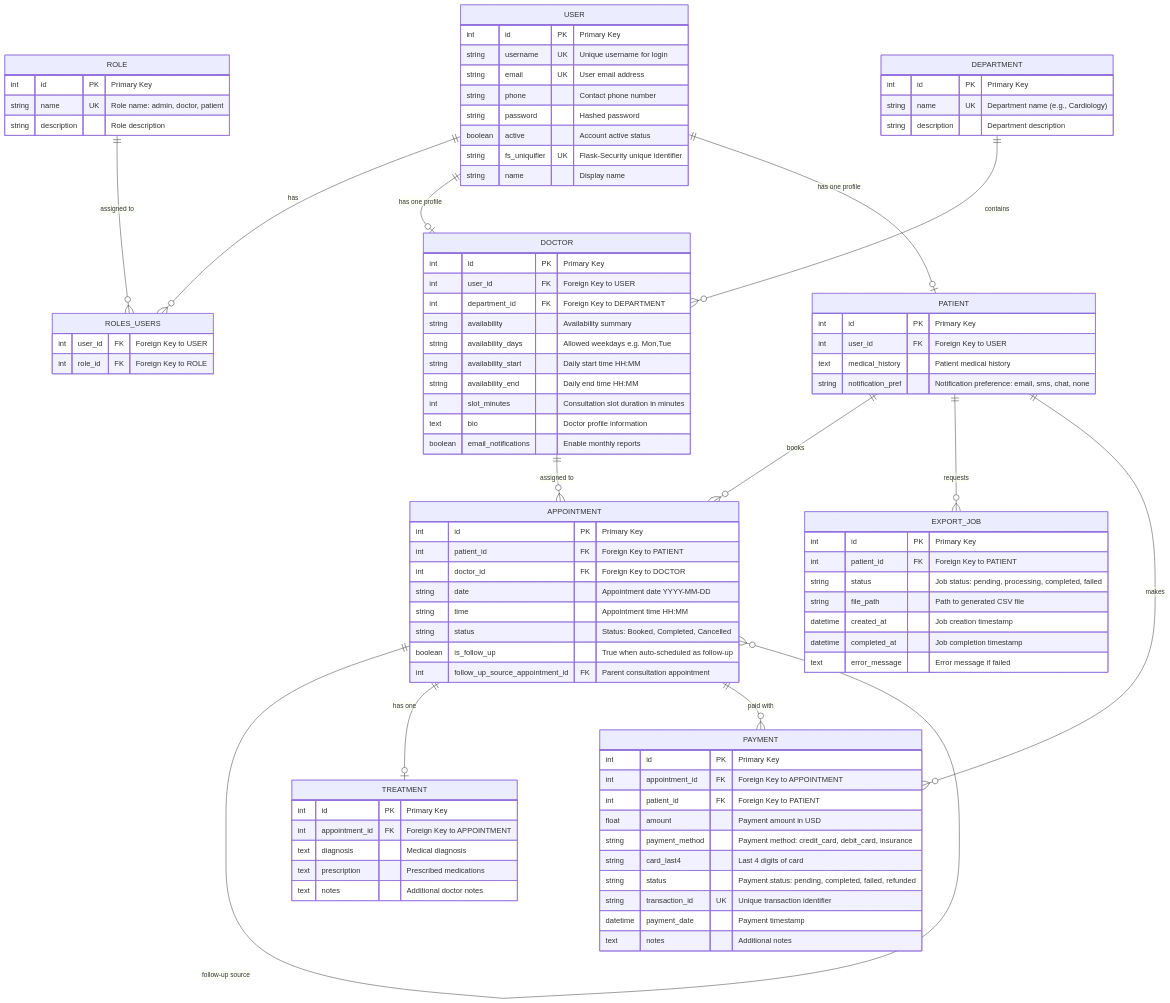
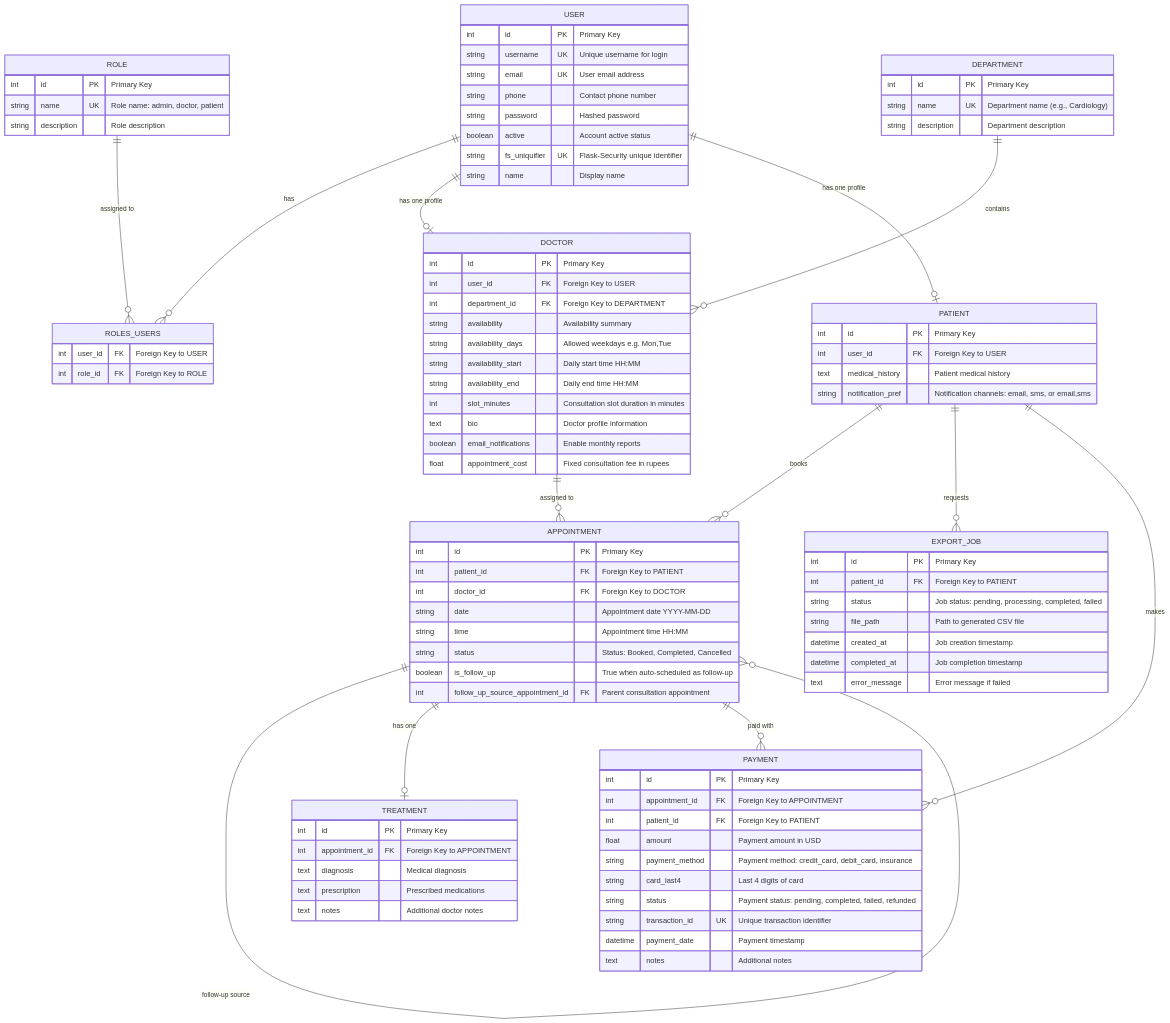
Before and after one commit to 990aa/hospital-operations-system: the diagram in er_diagram.mmd, drawn with Mermaid. The commit also changed 14 other files, not shown here.

```diff
--- a/er_diagram.mmd
+++ b/er_diagram.mmd
@@ -1,110 +1,111 @@
 erDiagram
     %% Hospital Management System - Entity Relationship Diagram
     %% Database Schema for Patient, Doctor, Admin, Appointments and Treatments
     
     USER ||--o{ ROLES_USERS : "has"
     ROLE ||--o{ ROLES_USERS : "assigned to"
     USER ||--o| DOCTOR : "has one profile"
     USER ||--o| PATIENT : "has one profile"
     
     DEPARTMENT ||--o{ DOCTOR : "contains"
     
     PATIENT ||--o{ APPOINTMENT : "books"
     DOCTOR ||--o{ APPOINTMENT : "assigned to"
     APPOINTMENT ||--o{ APPOINTMENT : "follow-up source"
     
     APPOINTMENT ||--o| TREATMENT : "has one"
     APPOINTMENT ||--o{ PAYMENT : "paid with"
     
     PATIENT ||--o{ EXPORT_JOB : "requests"
     PATIENT ||--o{ PAYMENT : "makes"
     
     USER {
         int id PK "Primary Key"
         string username UK "Unique username for login"
         string email UK "User email address"
         string phone "Contact phone number"
         string password "Hashed password"
         boolean active "Account active status"
         string fs_uniquifier UK "Flask-Security unique identifier"
         string name "Display name"
     }
     
     ROLE {
         int id PK "Primary Key"
         string name UK "Role name: admin, doctor, patient"
         string description "Role description"
     }
     
     ROLES_USERS {
         int user_id FK "Foreign Key to USER"
         int role_id FK "Foreign Key to ROLE"
     }
     
     DEPARTMENT {
         int id PK "Primary Key"
         string name UK "Department name (e.g., Cardiology)"
         string description "Department description"
     }
     
     DOCTOR {
         int id PK "Primary Key"
         int user_id FK "Foreign Key to USER"
         int department_id FK "Foreign Key to DEPARTMENT"
         string availability "Availability summary"
         string availability_days "Allowed weekdays e.g. Mon,Tue"
         string availability_start "Daily start time HH:MM"
         string availability_end "Daily end time HH:MM"
         int slot_minutes "Consultation slot duration in minutes"
         text bio "Doctor profile information"
         boolean email_notifications "Enable monthly reports"
+        float appointment_cost "Fixed consultation fee in rupees"
     }
     
     PATIENT {
         int id PK "Primary Key"
         int user_id FK "Foreign Key to USER"
         text medical_history "Patient medical history"
-        string notification_pref "Notification preference: email, sms, chat, none"
+        string notification_pref "Notification channels: email, sms, or email,sms"
     }
     
     APPOINTMENT {
         int id PK "Primary Key"
         int patient_id FK "Foreign Key to PATIENT"
         int doctor_id FK "Foreign Key to DOCTOR"
         string date "Appointment date YYYY-MM-DD"
         string time "Appointment time HH:MM"
         string status "Status: Booked, Completed, Cancelled"
         boolean is_follow_up "True when auto-scheduled as follow-up"
         int follow_up_source_appointment_id FK "Parent consultation appointment"
     }
     
     TREATMENT {
         int id PK "Primary Key"
         int appointment_id FK "Foreign Key to APPOINTMENT"
         text diagnosis "Medical diagnosis"
         text prescription "Prescribed medications"
         text notes "Additional doctor notes"
     }
     
     EXPORT_JOB {
         int id PK "Primary Key"
         int patient_id FK "Foreign Key to PATIENT"
         string status "Job status: pending, processing, completed, failed"
         string file_path "Path to generated CSV file"
         datetime created_at "Job creation timestamp"
         datetime completed_at "Job completion timestamp"
         text error_message "Error message if failed"
     }
     
     PAYMENT {
         int id PK "Primary Key"
         int appointment_id FK "Foreign Key to APPOINTMENT"
         int patient_id FK "Foreign Key to PATIENT"
         float amount "Payment amount in USD"
         string payment_method "Payment method: credit_card, debit_card, insurance"
         string card_last4 "Last 4 digits of card"
         string status "Payment status: pending, completed, failed, refunded"
         string transaction_id UK "Unique transaction identifier"
         datetime payment_date "Payment timestamp"
         text notes "Additional notes"
     }
```
